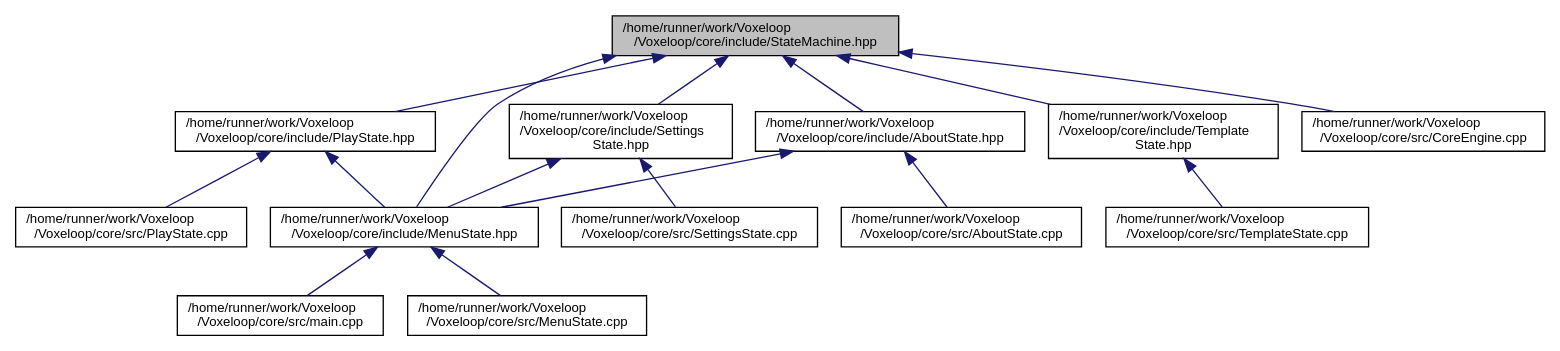
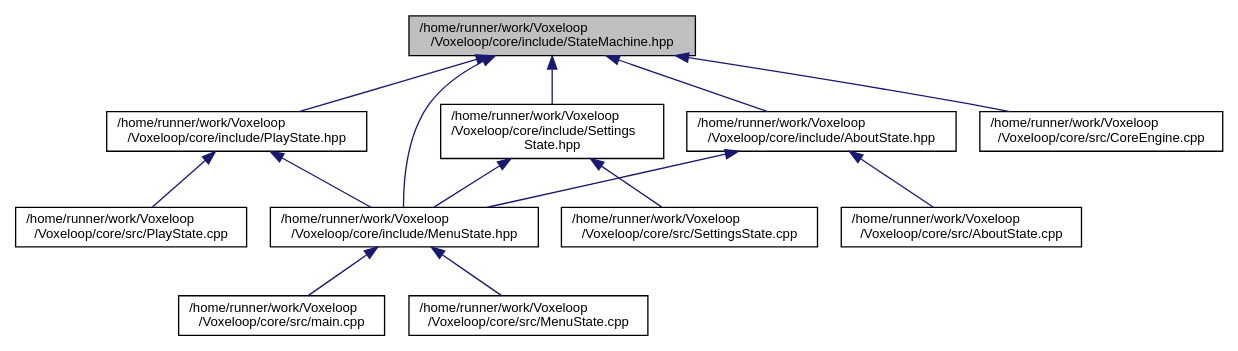
One commit to jarp0l/Voxeloop changed the diagram in docs/StateMachine_8hpp__dep__incl.dot. Above: the diagram before and after it, drawn with Graphviz. The commit also changed 127 other files, not shown here.

```diff
--- a/docs/StateMachine_8hpp__dep__incl.dot
+++ b/docs/StateMachine_8hpp__dep__incl.dot
@@ -1,35 +1,31 @@
 digraph "/home/runner/work/Voxeloop/Voxeloop/core/include/StateMachine.hpp"
 {
  // INTERACTIVE_SVG=YES
  // LATEX_PDF_SIZE
   edge [fontname="Helvetica",fontsize="10",labelfontname="Helvetica",labelfontsize="10"];
   node [fontname="Helvetica",fontsize="10",shape=record];
   Node1 [label="/home/runner/work/Voxeloop\l/Voxeloop/core/include/StateMachine.hpp",height=0.2,width=0.4,color="black", fillcolor="grey75", style="filled", fontcolor="black",tooltip=" "];
   Node1 -> Node2 [dir="back",color="midnightblue",fontsize="10",style="solid",fontname="Helvetica"];
   Node2 [label="/home/runner/work/Voxeloop\l/Voxeloop/core/include/AboutState.hpp",height=0.2,width=0.4,color="black", fillcolor="white", style="filled",URL="$AboutState_8hpp.html",tooltip=" "];
   Node2 -> Node3 [dir="back",color="midnightblue",fontsize="10",style="solid",fontname="Helvetica"];
   Node3 [label="/home/runner/work/Voxeloop\l/Voxeloop/core/include/MenuState.hpp",height=0.2,width=0.4,color="black", fillcolor="white", style="filled",URL="$MenuState_8hpp.html",tooltip=" "];
   Node3 -> Node4 [dir="back",color="midnightblue",fontsize="10",style="solid",fontname="Helvetica"];
   Node4 [label="/home/runner/work/Voxeloop\l/Voxeloop/core/src/main.cpp",height=0.2,width=0.4,color="black", fillcolor="white", style="filled",URL="$main_8cpp.html",tooltip=" "];
   Node3 -> Node5 [dir="back",color="midnightblue",fontsize="10",style="solid",fontname="Helvetica"];
   Node5 [label="/home/runner/work/Voxeloop\l/Voxeloop/core/src/MenuState.cpp",height=0.2,width=0.4,color="black", fillcolor="white", style="filled",URL="$MenuState_8cpp.html",tooltip=" "];
   Node2 -> Node6 [dir="back",color="midnightblue",fontsize="10",style="solid",fontname="Helvetica"];
   Node6 [label="/home/runner/work/Voxeloop\l/Voxeloop/core/src/AboutState.cpp",height=0.2,width=0.4,color="black", fillcolor="white", style="filled",URL="$AboutState_8cpp.html",tooltip=" "];
   Node1 -> Node7 [dir="back",color="midnightblue",fontsize="10",style="solid",fontname="Helvetica"];
   Node7 [label="/home/runner/work/Voxeloop\l/Voxeloop/core/include/PlayState.hpp",height=0.2,width=0.4,color="black", fillcolor="white", style="filled",URL="$PlayState_8hpp.html",tooltip=" "];
   Node7 -> Node3 [dir="back",color="midnightblue",fontsize="10",style="solid",fontname="Helvetica"];
   Node7 -> Node8 [dir="back",color="midnightblue",fontsize="10",style="solid",fontname="Helvetica"];
   Node8 [label="/home/runner/work/Voxeloop\l/Voxeloop/core/src/PlayState.cpp",height=0.2,width=0.4,color="black", fillcolor="white", style="filled",URL="$PlayState_8cpp.html",tooltip=" "];
   Node1 -> Node9 [dir="back",color="midnightblue",fontsize="10",style="solid",fontname="Helvetica"];
   Node9 [label="/home/runner/work/Voxeloop\l/Voxeloop/core/include/Settings\lState.hpp",height=0.2,width=0.4,color="black", fillcolor="white", style="filled",URL="$SettingsState_8hpp.html",tooltip=" "];
   Node9 -> Node3 [dir="back",color="midnightblue",fontsize="10",style="solid",fontname="Helvetica"];
   Node9 -> Node10 [dir="back",color="midnightblue",fontsize="10",style="solid",fontname="Helvetica"];
   Node10 [label="/home/runner/work/Voxeloop\l/Voxeloop/core/src/SettingsState.cpp",height=0.2,width=0.4,color="black", fillcolor="white", style="filled",URL="$SettingsState_8cpp.html",tooltip=" "];
   Node1 -> Node3 [dir="back",color="midnightblue",fontsize="10",style="solid",fontname="Helvetica"];
   Node1 -> Node11 [dir="back",color="midnightblue",fontsize="10",style="solid",fontname="Helvetica"];
-  Node11 [label="/home/runner/work/Voxeloop\l/Voxeloop/core/include/Template\lState.hpp",height=0.2,width=0.4,color="black", fillcolor="white", style="filled",URL="$TemplateState_8hpp.html",tooltip=" "];
-  Node11 -> Node12 [dir="back",color="midnightblue",fontsize="10",style="solid",fontname="Helvetica"];
-  Node12 [label="/home/runner/work/Voxeloop\l/Voxeloop/core/src/TemplateState.cpp",height=0.2,width=0.4,color="black", fillcolor="white", style="filled",URL="$TemplateState_8cpp.html",tooltip=" "];
-  Node1 -> Node13 [dir="back",color="midnightblue",fontsize="10",style="solid",fontname="Helvetica"];
-  Node13 [label="/home/runner/work/Voxeloop\l/Voxeloop/core/src/CoreEngine.cpp",height=0.2,width=0.4,color="black", fillcolor="white", style="filled",URL="$CoreEngine_8cpp.html",tooltip=" "];
+  Node11 [label="/home/runner/work/Voxeloop\l/Voxeloop/core/src/CoreEngine.cpp",height=0.2,width=0.4,color="black", fillcolor="white", style="filled",URL="$CoreEngine_8cpp.html",tooltip=" "];
 }
```
